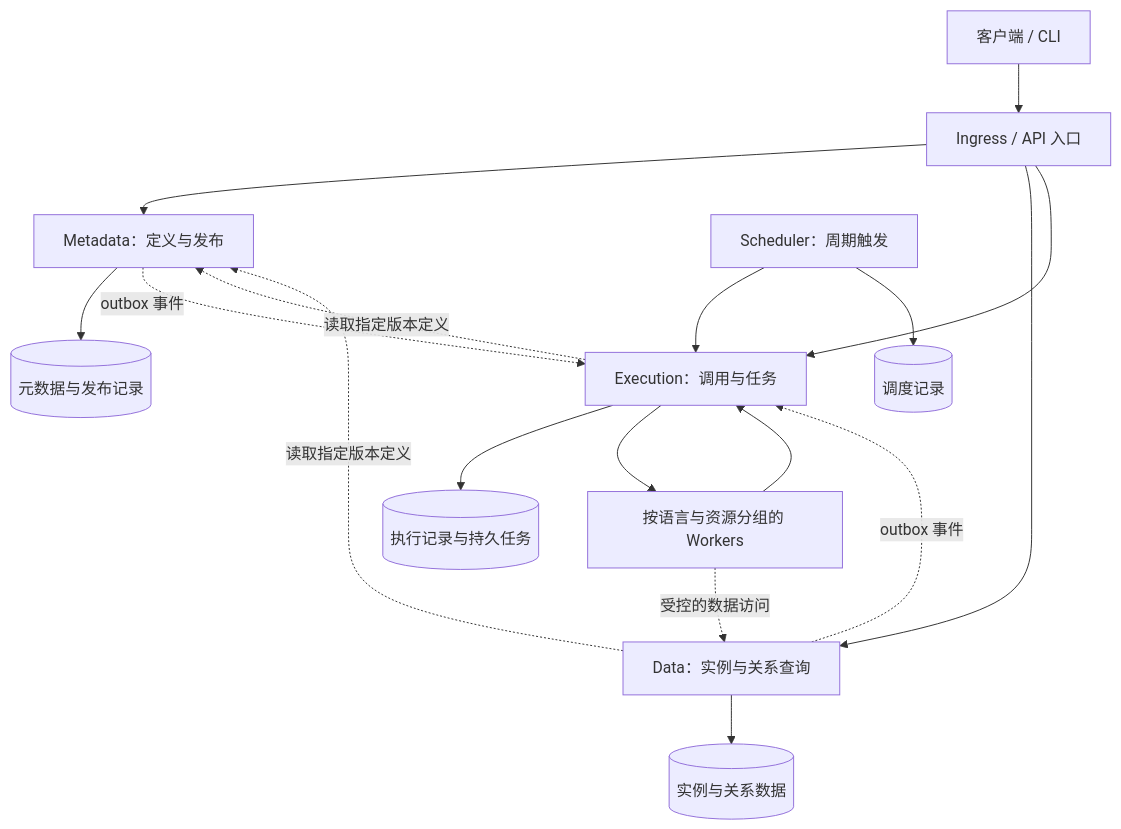
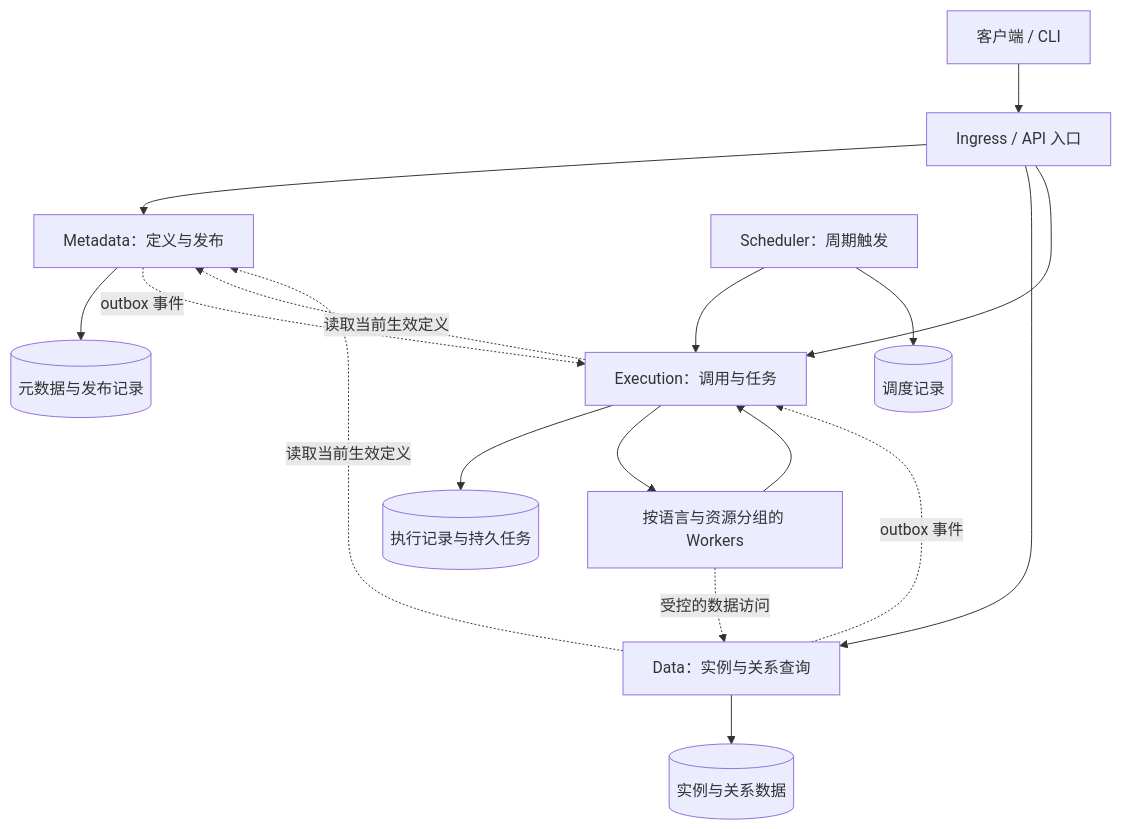
The diagram in docs/总体架构.md (wuhy80/AgentForge-Ontology), drawn with Mermaid before and after one commit. The commit also changed other lines of this file and 16 other files, not shown here.

````diff
--- a/docs/总体架构.md
+++ b/docs/总体架构.md
@@ -9,19 +9,19 @@
 ```mermaid
 flowchart TD
     C[客户端 / CLI] --> G[Ingress / API 入口]
     G --> M[Metadata：定义与发布]
     G --> D[Data：实例与关系查询]
     G --> E[Execution：调用与任务]
     S[Scheduler：周期触发] --> E
     M --> MD[(元数据与发布记录)]
     D --> DD[(实例与关系数据)]
     E --> ED[(执行记录与持久任务)]
     S --> SD[(调度记录)]
-    D -. 读取指定版本定义 .-> M
-    E -. 读取指定版本定义 .-> M
+    D -. 读取当前生效定义 .-> M
+    E -. 读取当前生效定义 .-> M
     M -. outbox 事件 .-> E
     D -. outbox 事件 .-> E
     E --> W[按语言与资源分组的 Workers]
     W --> E
     W -. 受控的数据访问 .-> D
 ```
````
